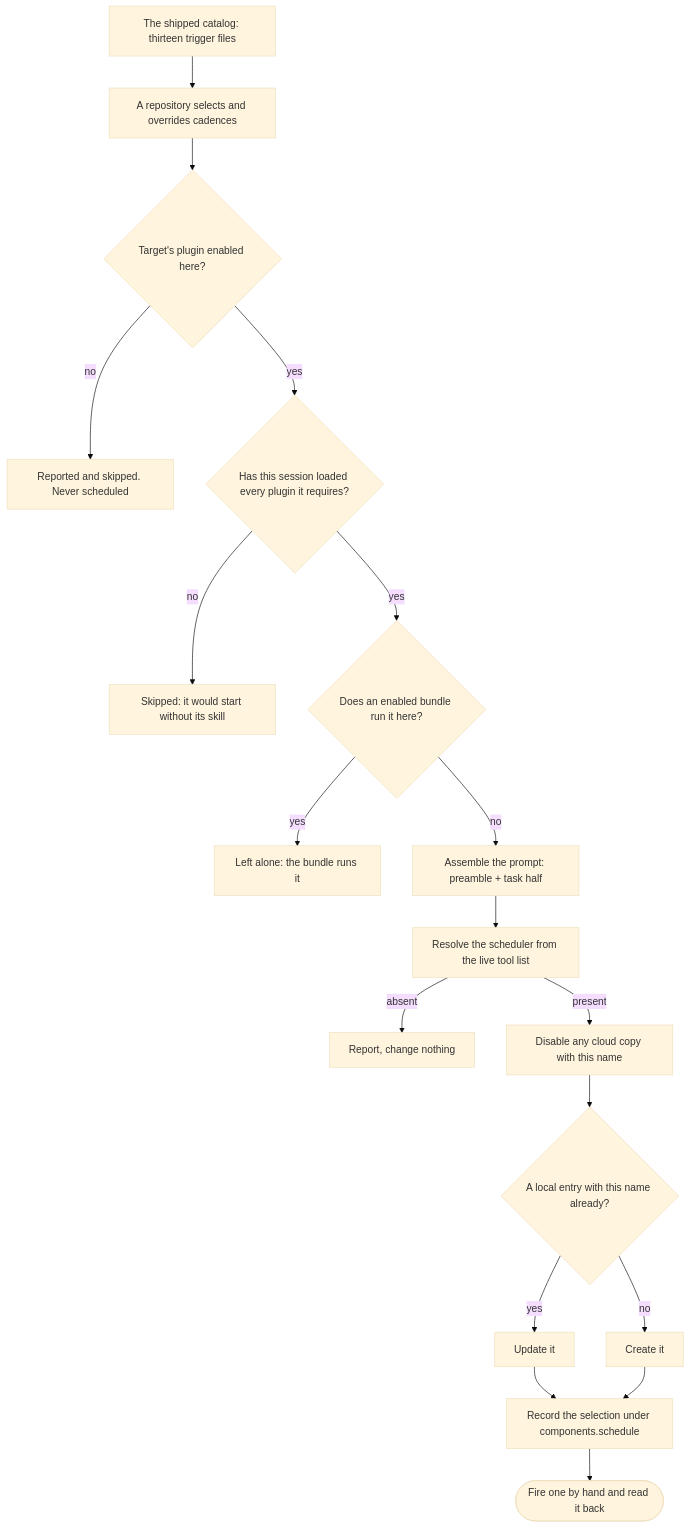
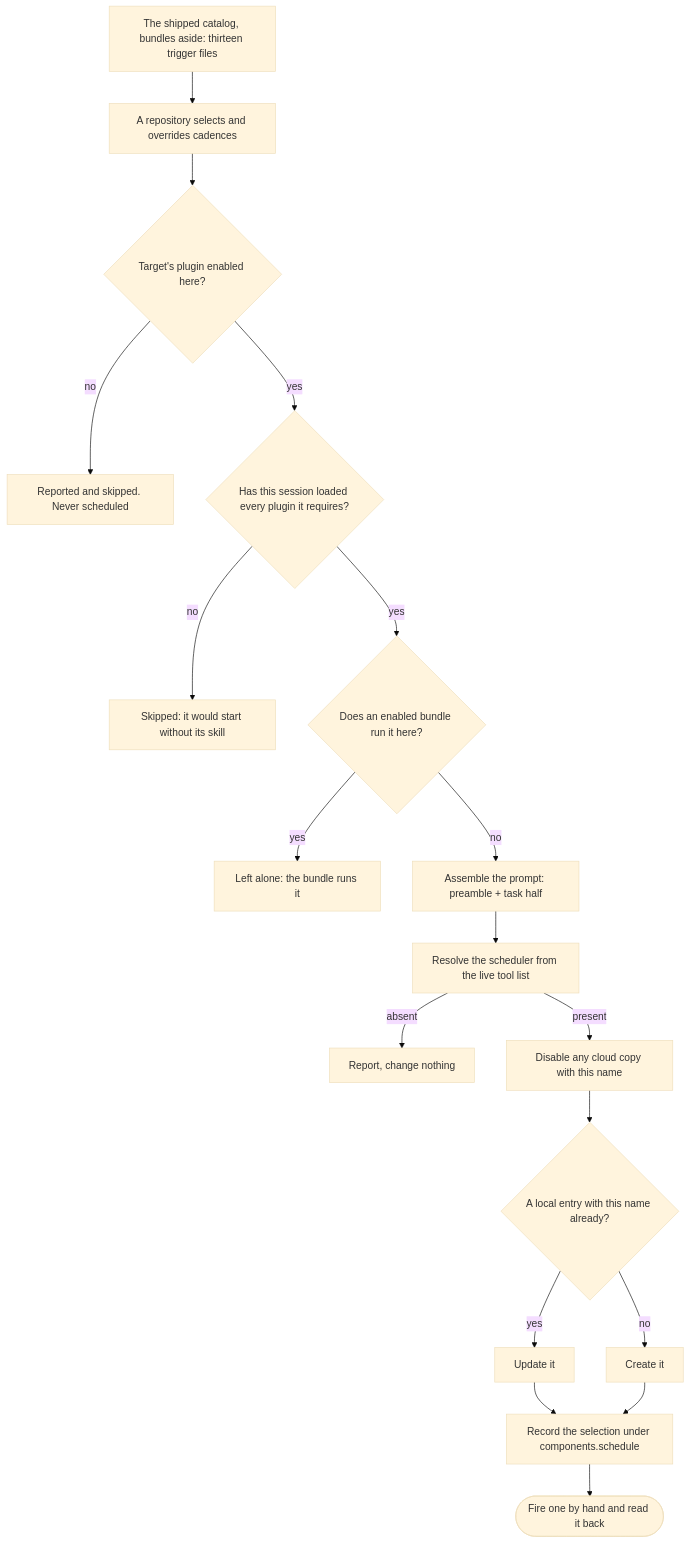
One commit to JSdotNet/devbook changed the second of 4 diagrams in .devbook/arc42/building-blocks/delivery-schedule.md. Above: the diagram before and after it, drawn with Mermaid (base theme). The commit also changed other lines of this file and 1 other file, not shown here.

````diff
--- a/.devbook/arc42/building-blocks/delivery-schedule.md
+++ b/.devbook/arc42/building-blocks/delivery-schedule.md
@@ -415,20 +419,20 @@
 ```mermaid
 flowchart TD
-    catalog["The shipped catalog: thirteen trigger files"] --> select["A repository selects and overrides cadences"]
+    catalog["The shipped catalog, bundles aside: thirteen trigger files"] --> select["A repository selects and overrides cadences"]
     select --> enabled{"Target's plugin enabled here?"}
     enabled -->|no| skipped["Reported and skipped. Never scheduled"]
     enabled -->|yes| loaded{"Has this session loaded every plugin it requires?"}
     loaded -->|no| refused["Skipped: it would start without its skill"]
     loaded -->|yes| covered{"Does an enabled bundle run it here?"}
     covered -->|yes| left["Left alone: the bundle runs it"]
     covered -->|no| assemble["Assemble the prompt: preamble + task half"]
     assemble --> resolve["Resolve the scheduler from the live tool list"]
     resolve -->|absent| noop["Report, change nothing"]
     resolve -->|present| retire["Disable any cloud copy with this name"]
     retire --> match{"A local entry with this name already?"}
     match -->|yes| update["Update it"]
     match -->|no| create["Create it"]
     update --> stamp["Record the selection under components.schedule"]
     create --> stamp
     stamp --> prove(["Fire one by hand and read it back"])
 ```
````
